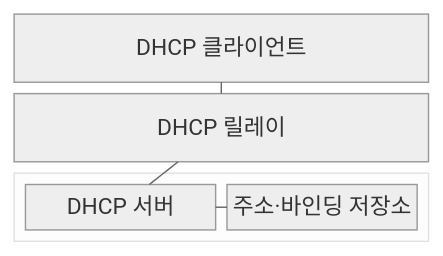
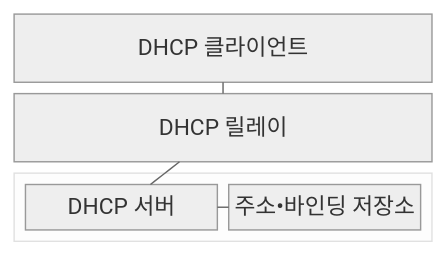
One commit to agnusdei1207/knowledge-base changed the first of 2 diagrams in src/content/docs/notes/04-network/007_dhcp.md. Above: the diagram before and after it, drawn with Mermaid (neutral theme). The commit also changed other lines of this file and 953 other files, not shown here.

````diff
--- a/src/content/docs/notes/04-network/007_dhcp.md
+++ b/src/content/docs/notes/04-network/007_dhcp.md
@@ -66,14 +66,14 @@
 ```mermaid
 block
     columns 1
     C["DHCP 클라이언트"]
     R["DHCP 릴레이"]
     block:SERVER
         columns 2
         S["DHCP 서버"]
-        L["주소·바인딩 저장소"]
+        L["주소•바인딩 저장소"]
     end
     C --- R
     R --- S
     S --- L
 ```
````
